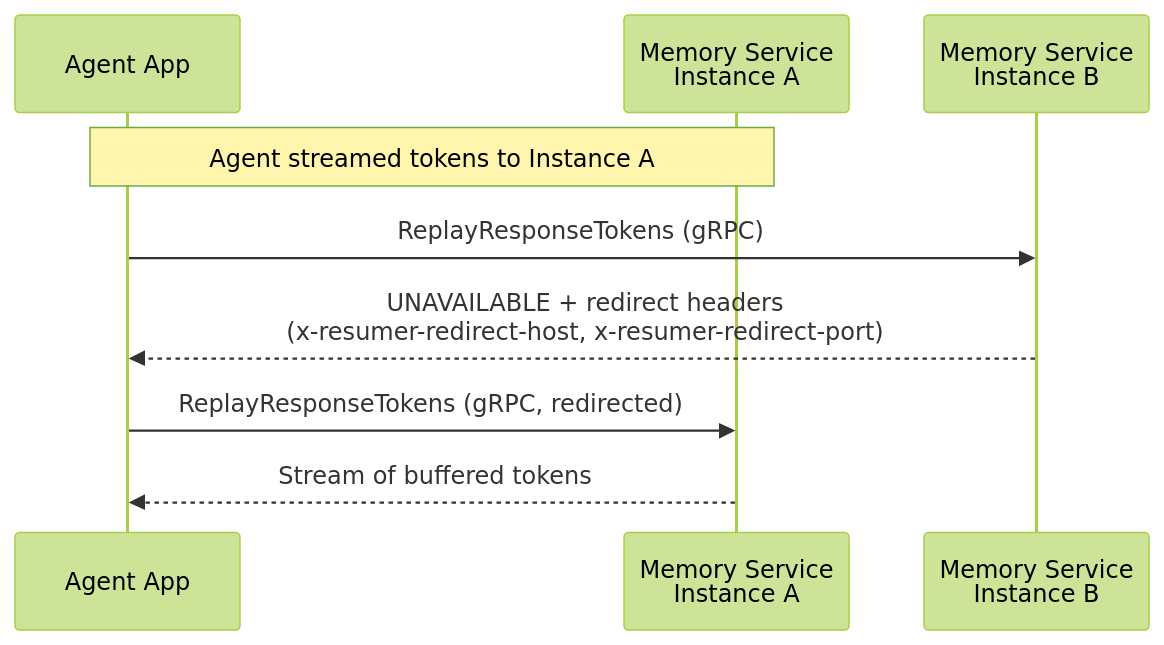
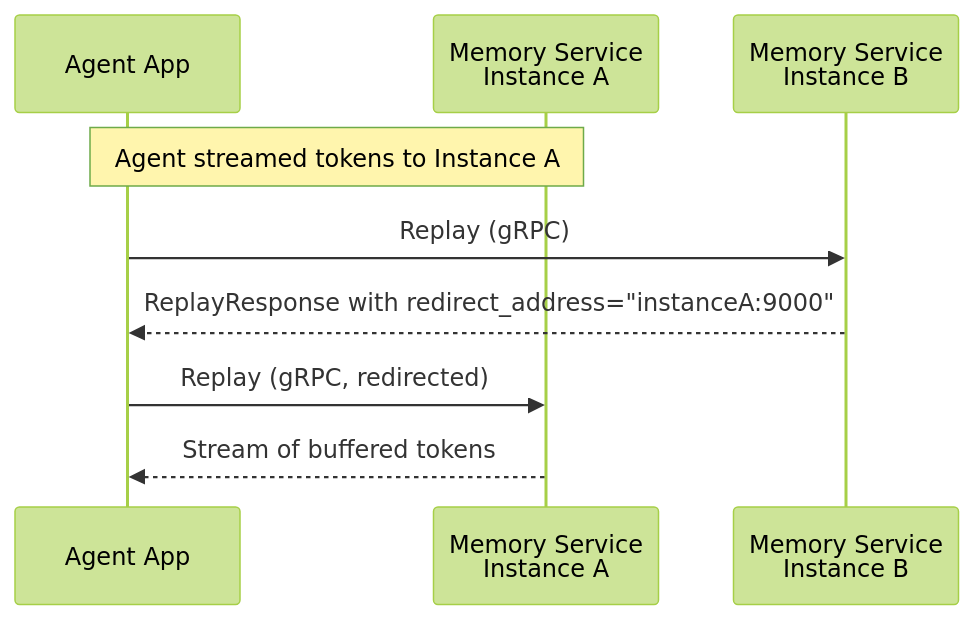
One commit to chirino/memory-service changed the second of 2 diagrams in site/src/pages/docs/concepts/response-resumption.md. Above: the diagram before and after it, drawn with Mermaid (forest theme). The commit also changed other lines of this file and 15 other files, not shown here.

First line of the commit message:
refactor: rename ResponseResumerService to ResponseRecorderService

````diff
--- a/site/src/pages/docs/concepts/response-resumption.md
+++ b/site/src/pages/docs/concepts/response-resumption.md
@@ -41,13 +41,13 @@
 ```mermaid
 sequenceDiagram
     participant Agent as Agent App
     participant MS1 as Memory Service<br/>Instance A
     participant MS2 as Memory Service<br/>Instance B
 
     Note over Agent,MS1: Agent streamed tokens to Instance A
 
-    Agent->>MS2: ReplayResponseTokens (gRPC)
-    MS2-->>Agent: UNAVAILABLE + redirect headers<br/>(x-resumer-redirect-host, x-resumer-redirect-port)
-    Agent->>MS1: ReplayResponseTokens (gRPC, redirected)
+    Agent->>MS2: Replay (gRPC)
+    MS2-->>Agent: ReplayResponse with redirect_address="instanceA:9000"
+    Agent->>MS1: Replay (gRPC, redirected)
     MS1-->>Agent: Stream of buffered tokens
 ```
````
